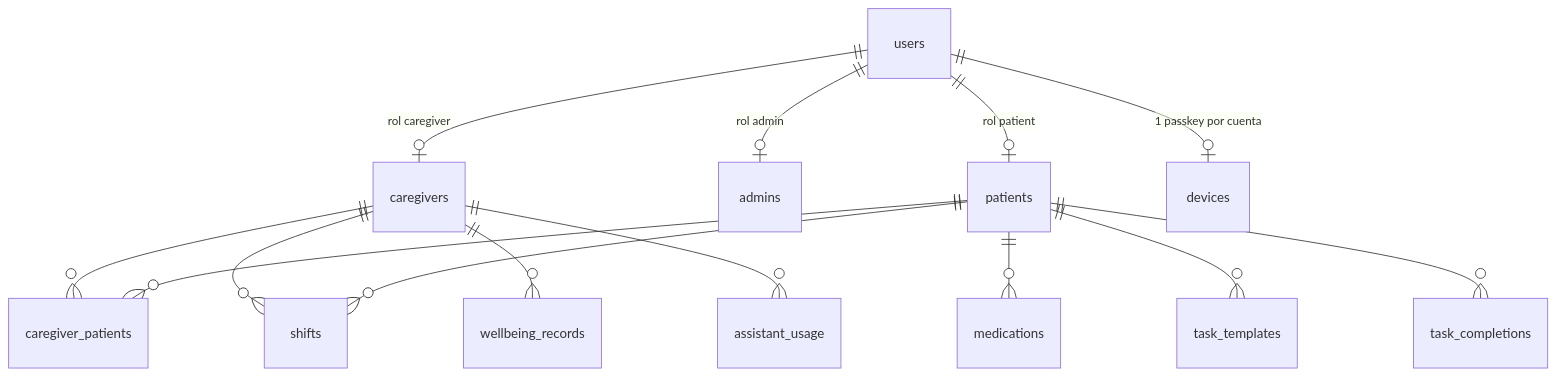
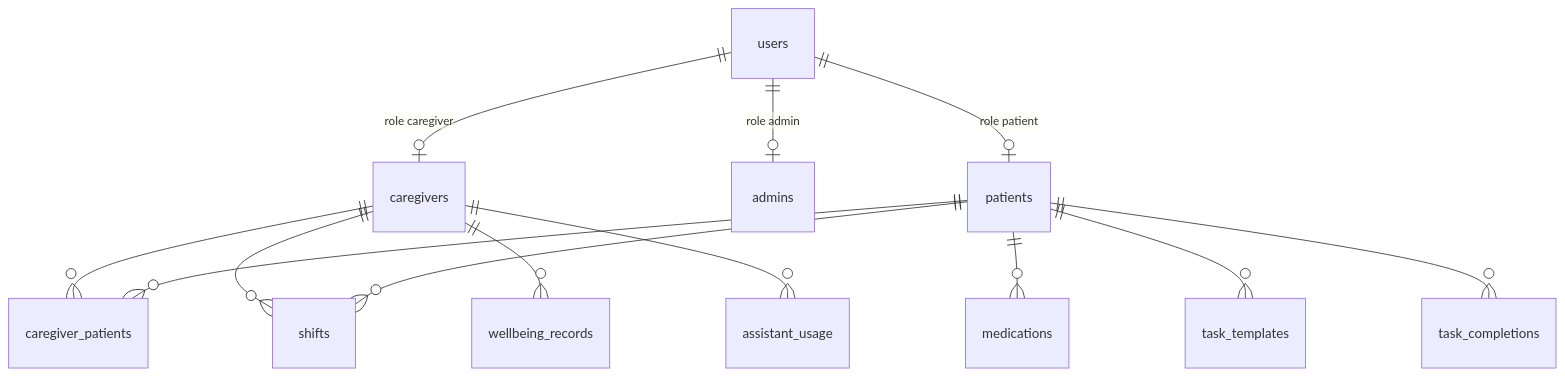
One commit to Nicolasgh91/red-cuidarte changed the third of 4 diagrams in README.md. Above: the diagram before and after it, drawn with Mermaid. The commit also changed other lines of this file and 6 other files, not shown here.

````diff
--- a/README.md
+++ b/README.md
@@ -140,16 +110,15 @@
 ```mermaid
 erDiagram
-  users ||--o| caregivers : "rol caregiver"
-  users ||--o| admins : "rol admin"
-  users ||--o| patients : "rol patient"
-  users ||--o| devices : "1 passkey por cuenta"
+  users ||--o| caregivers : "role caregiver"
+  users ||--o| admins : "role admin"
+  users ||--o| patients : "role patient"
   caregivers ||--o{ caregiver_patients : ""
   patients ||--o{ caregiver_patients : ""
   caregivers ||--o{ shifts : ""
   patients ||--o{ shifts : ""
   patients ||--o{ medications : ""
   patients ||--o{ task_templates : ""
   patients ||--o{ task_completions : ""
   caregivers ||--o{ wellbeing_records : ""
   caregivers ||--o{ assistant_usage : ""
 ```
````
